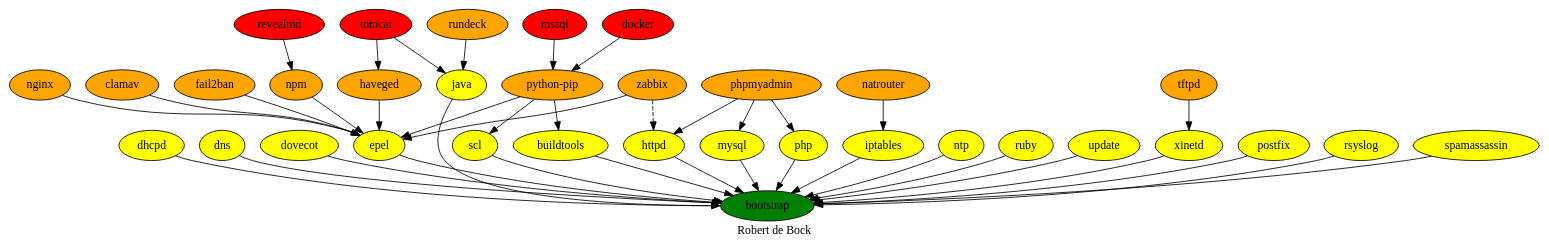
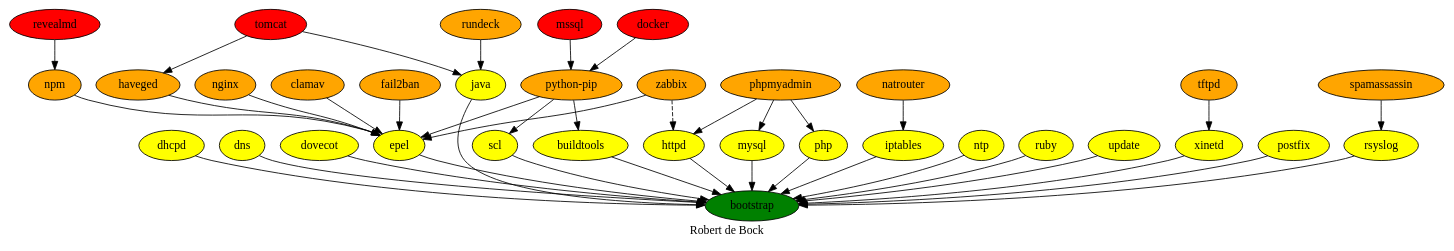
Before and after one commit to robertdebock/robertdebock.github.io: the diagram in dependencies.dot, drawn with Graphviz.

Commit message:
Update dependencies.dot
Cleanup and fix spamassassin.

```diff
--- a/dependencies.dot
+++ b/dependencies.dot
@@ -1,52 +1,52 @@
 digraph PhiloDilemma {
   label = "Robert de Bock" ;
   overlap=false
   {
     bootstrap [fillcolor=green style=filled]
     clamav [fillcolor=orange style=filled]
     dhcpd [fillcolor=yellow style=filled]
     dns [fillcolor=yellow style=filled]
     dovecot [fillcolor=yellow style=filled]
     epel [fillcolor=yellow style=filled]
     fail2ban [fillcolor=orange style=filled]
     haveged [fillcolor=orange style=filled]
     httpd [fillcolor=yellow style=filled]
     iptables [fillcolor=yellow style=filled]
     java [fillcolor=yellow style=filled]
     ntp [fillcolor=yellow style=filled]
     ruby [fillcolor=yellow style=filled]
     scl [fillcolor=yellow style=filled]
     update [fillcolor=yellow style=filled]
     xinetd [fillcolor=yellow style=filled]
     buildtools [fillcolor=yellow style=filled]
     nginx [fillcolor=orange style=filled]
     "python-pip" [fillcolor=orange style=filled]
     postfix [fillcolor=yellow style=filled]
     rsyslog [fillcolor=yellow style=filled]
-    spamassassin [fillcolor=yellow style=filled]
+    spamassassin [fillcolor=orange style=filled]
     docker [fillcolor=red style=filled]
     mysql [fillcolor=yellow style=filled]
     mssql [fillcolor=red style=filled]
     npm [fillcolor=orange style=filled]
     natrouter [fillcolor=orange style=filled]
     php [fillcolor=yellow style=filled]
     phpmyadmin [fillcolor=orange style=filled]
     revealmd [fillcolor=red style=filled]
     rundeck [fillcolor=orange style=filled]
     tftpd [fillcolor=orange style=filled]
     tomcat [fillcolor=red style=filled]
     zabbix [fillcolor=orange style=filled]
   }
-  {"buildtools" "dhcpd" "dns" "dovecot" "epel" "httpd" "iptables" "java" "mysql" "ntp" "php" "postfix" "rsyslog" "ruby" "scl" "spamassassin" "update" "xinetd"} -> bootstrap
-  {"clamav" "fail2ban" "haveged" "nginx" "npm" "python-pip" "zabbix"} -> "epel"
-  {"docker" "mssql"} -> "python-pip"
-  "revealmd" -> "npm"
-  "natrouter" -> "iptables"
-  "tftpd" -> "xinetd" 
-  "phpmyadmin" -> {"php" "httpd" "mysql"}
-  "zabbix" -> "httpd" [style=dashed]
-  "python-pip" -> {"buildtools" "scl"}
-  {"rundeck" "tomcat"} -> java
-  "tomcat" -> haveged
-  
+  {buildtools dhcpd dns dovecot epel httpd iptables java mysql ntp php postfix rsyslog ruby scl update xinetd} -> bootstrap
+  {clamav fail2ban haveged nginx npm "python-pip" zabbix} -> epel
+  {docker mssql} -> "python-pip"
+  revealmd -> npm
+  natrouter -> iptables
+  tftpd -> xinetd 
+  phpmyadmin -> {php httpd mysql}
+  zabbix -> httpd [style=dashed]
+  "python-pip" -> {buildtools scl}
+  {rundeck tomcat} -> java
+  tomcat -> haveged
+  spamassassin -> rsyslog
 }
```
